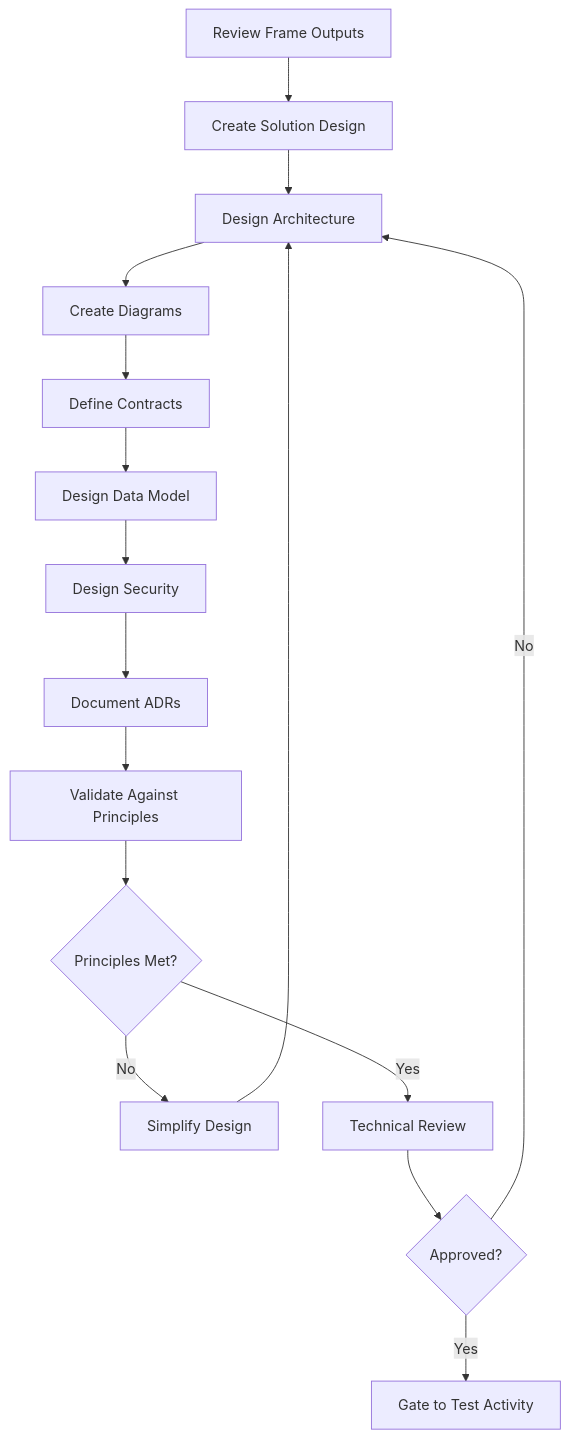
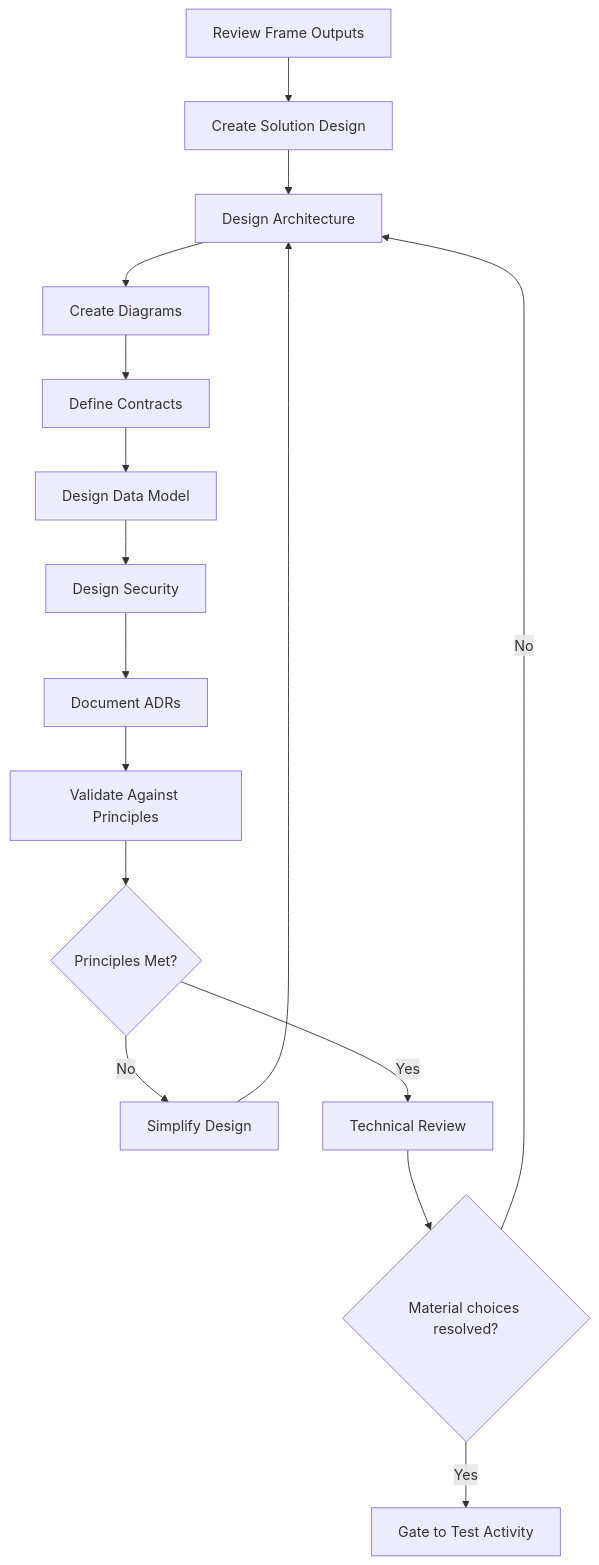
Before and after one commit to DocumentDrivenDX/helix: the second of 2 diagrams in workflows/activities/02-design/README.md, drawn with Mermaid. The commit also changed other lines of this file and 157 other files, not shown here.

````diff
--- a/workflows/activities/02-design/README.md
+++ b/workflows/activities/02-design/README.md
@@ -365,18 +365,18 @@
 ```mermaid
 graph TD
     A[Review Frame Outputs] --> B[Create Solution Design]
     B --> C[Design Architecture]
     C --> D[Create Diagrams]
     D --> E[Define Contracts]
     E --> F[Design Data Model]
     F --> G[Design Security]
     G --> H[Document ADRs]
     H --> I[Validate Against Principles]
     I --> J{Principles Met?}
     J -->|No| K[Simplify Design]
     K --> C
     J -->|Yes| L[Technical Review]
-    L --> M{Approved?}
+    L --> M{Material choices resolved?}
     M -->|No| C
     M -->|Yes| N[Gate to Test Activity]
 ```
````
